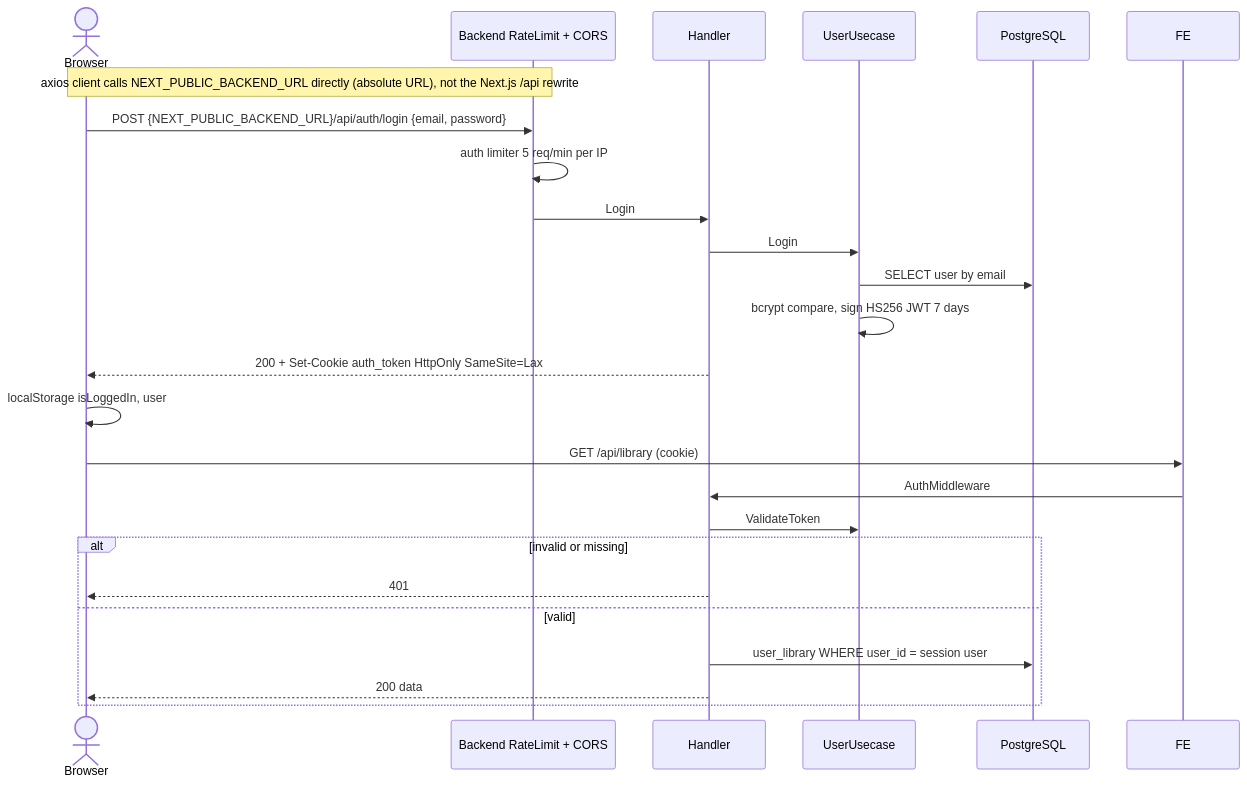
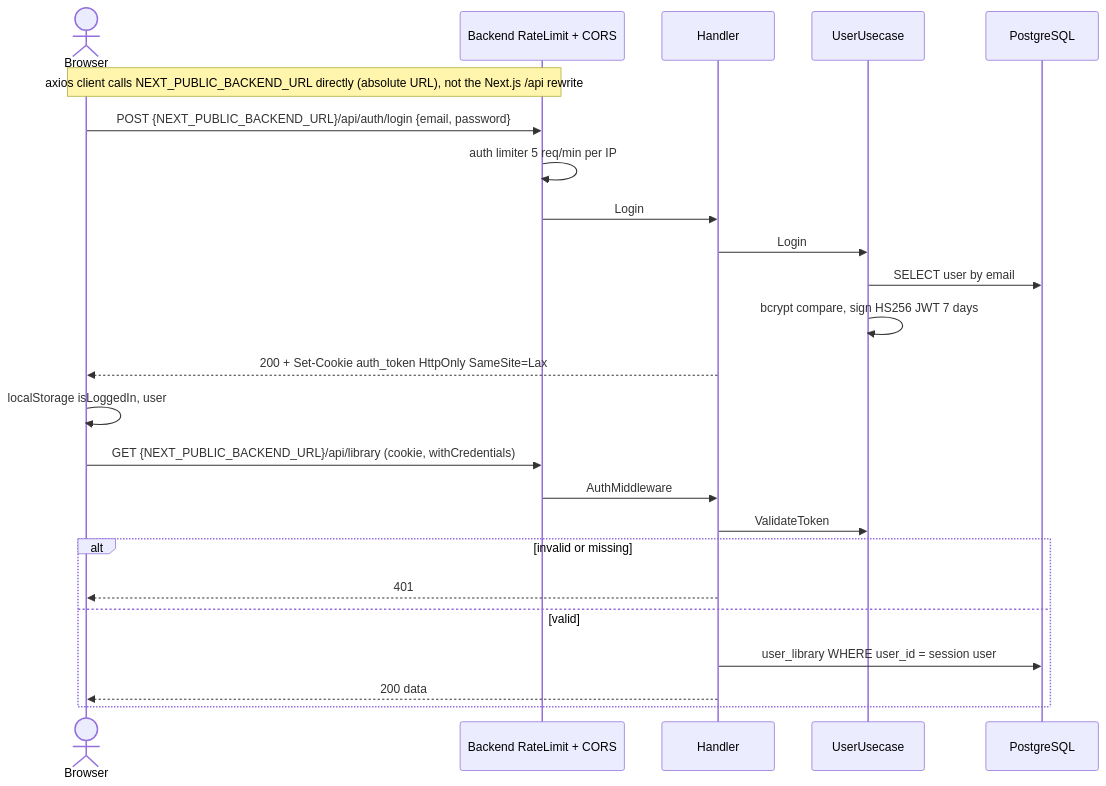
The first of 5 diagrams in docs/diagrams/10-sequences.md (bookchaowalit-website/content-bookreading), drawn with Mermaid before and after one commit. The commit also changed other lines of this file and 7 other files, not shown here.

First line of the commit message:
docs: separate direct axios calls from the Next.js /api rewrite

````diff
--- a/docs/diagrams/10-sequences.md
+++ b/docs/diagrams/10-sequences.md
@@ -9,27 +9,27 @@
 ```mermaid
 sequenceDiagram
     actor U as Browser
     participant MW as Backend RateLimit + CORS
     participant H as Handler
     participant UC as UserUsecase
     participant DB as PostgreSQL
 
     Note over U,MW: axios client calls NEXT_PUBLIC_BACKEND_URL directly (absolute URL), not the Next.js /api rewrite
     U->>MW: POST {NEXT_PUBLIC_BACKEND_URL}/api/auth/login {email, password}
     MW->>MW: auth limiter 5 req/min per IP
     MW->>H: Login
     H->>UC: Login
     UC->>DB: SELECT user by email
     UC->>UC: bcrypt compare, sign HS256 JWT 7 days
     H-->>U: 200 + Set-Cookie auth_token HttpOnly SameSite=Lax
     U->>U: localStorage isLoggedIn, user
-    U->>FE: GET /api/library (cookie)
-    FE->>H: AuthMiddleware
+    U->>MW: GET {NEXT_PUBLIC_BACKEND_URL}/api/library (cookie, withCredentials)
+    MW->>H: AuthMiddleware
     H->>UC: ValidateToken
     alt invalid or missing
         H-->>U: 401
     else valid
         H->>DB: user_library WHERE user_id = session user
         H-->>U: 200 data
     end
 ```
````
